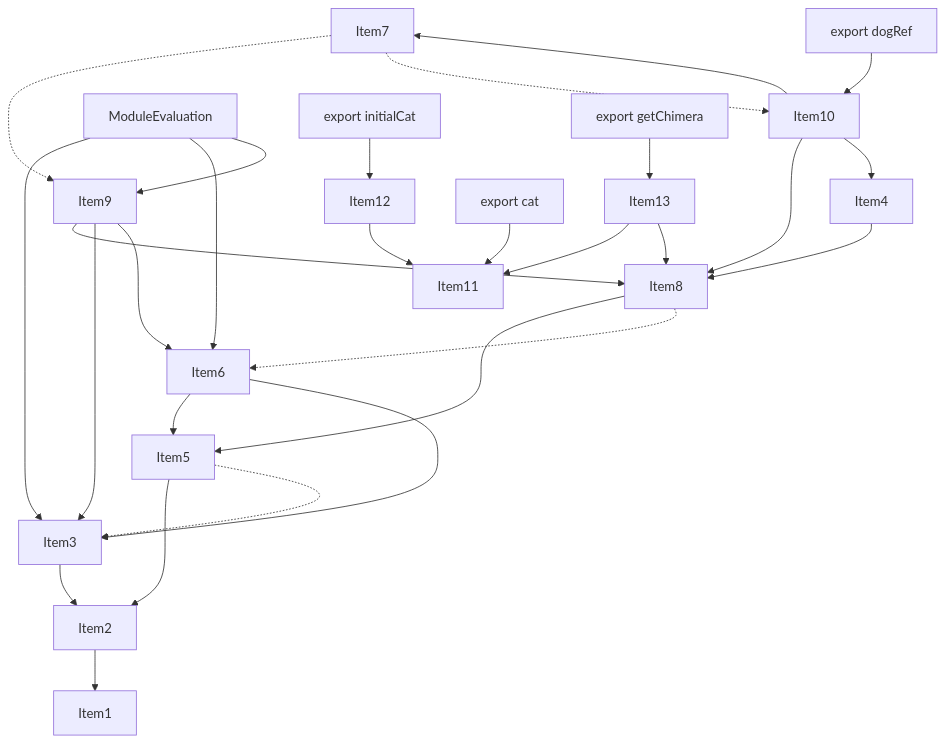
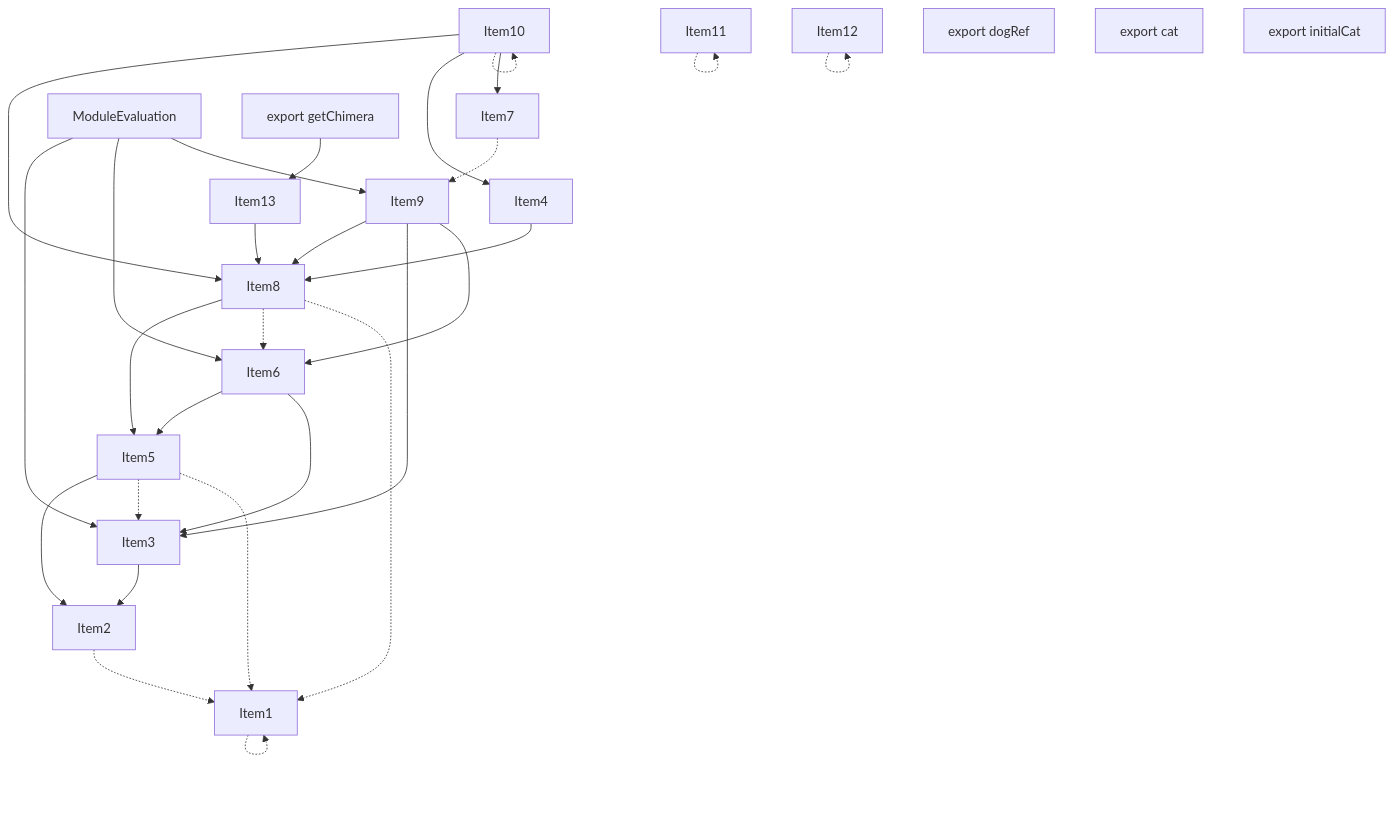
The fourth of 5 diagrams in crates/turbopack-ecmascript/tests/tree-shaker/analyzer/complex/output.md (vercel/turborepo), drawn with Mermaid before and after one commit. The commit also changed other lines of this file and 20 other files, not shown here.

````diff
--- a/crates/turbopack-ecmascript/tests/tree-shaker/analyzer/complex/output.md
+++ b/crates/turbopack-ecmascript/tests/tree-shaker/analyzer/complex/output.md
@@ -270,53 +278,53 @@
 ```mermaid
 graph TD
     Item1;
     Item2;
     Item3;
     Item4;
     Item5;
     Item6;
     Item7;
     Item8;
     Item9;
     Item10;
     Item11;
     Item12;
     Item13;
     Item14;
     Item14["ModuleEvaluation"];
     Item15;
     Item15["export dogRef"];
     Item16;
     Item16["export cat"];
     Item17;
     Item17["export initialCat"];
     Item18;
     Item18["export getChimera"];
-    Item2 --> Item1;
+    Item1 -.-> Item1;
+    Item2 -.-> Item1;
     Item3 --> Item2;
     Item5 --> Item2;
     Item5 -.-> Item3;
+    Item5 -.-> Item1;
     Item6 --> Item5;
     Item6 --> Item3;
     Item8 --> Item5;
     Item8 -.-> Item6;
+    Item8 -.-> Item1;
     Item9 --> Item8;
     Item9 --> Item3;
     Item9 --> Item6;
     Item10 --> Item8;
     Item10 --> Item4;
     Item10 --> Item7;
-    Item12 --> Item11;
+    Item10 -.-> Item10;
+    Item11 -.-> Item11;
+    Item12 -.-> Item12;
     Item4 --> Item8;
     Item7 -.-> Item9;
-    Item7 -.-> Item10;
-    Item13 --> Item11;
     Item13 --> Item8;
     Item14 --> Item3;
     Item14 --> Item6;
     Item14 --> Item9;
-    Item15 --> Item10;
-    Item16 --> Item11;
-    Item17 --> Item12;
     Item18 --> Item13;
 ```
````
